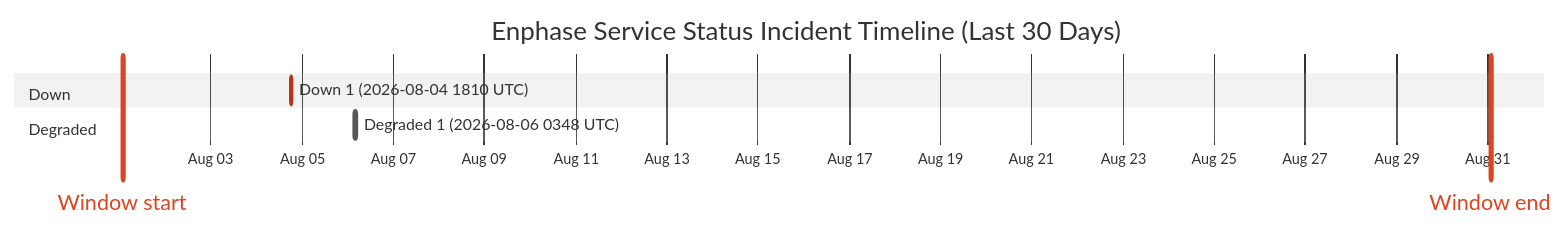
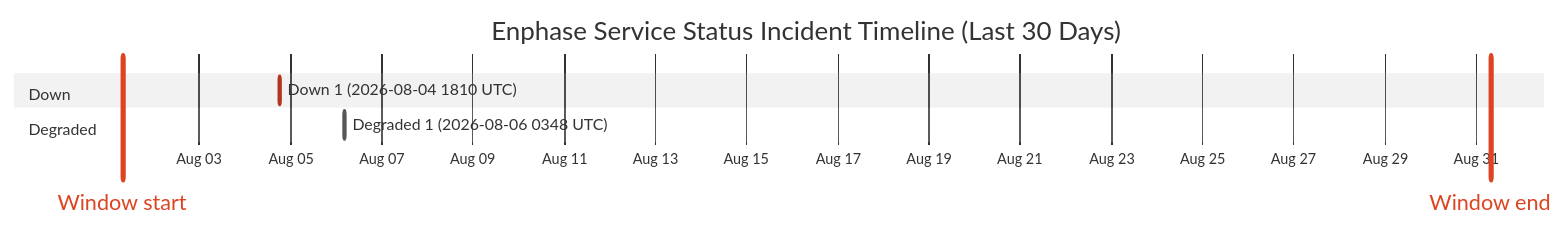
The diagram in wiki/Service-Status-History.md (barneyonline/ha-enphase-energy), drawn with Mermaid (neutral theme) before and after one commit. The commit also changed other lines of this file and 3 other files, not shown here.

````diff
--- a/wiki/Service-Status-History.md
+++ b/wiki/Service-Status-History.md
@@ -14,12 +14,12 @@
 ```mermaid
 gantt
     title Enphase Service Status Incident Timeline (Last 30 Days)
     dateFormat  YYYY-MM-DDTHH:mm:ss
     axisFormat  %b %d
-    Window start :vert, window-start, 2026-08-01T01:27:45, 0ms
-    Window end :vert, window-end, 2026-08-31T01:27:45, 0ms
+    Window start :vert, window-start, 2026-08-01T07:27:32, 0ms
+    Window end :vert, window-end, 2026-08-31T07:27:32, 0ms
     section Down
     Down 1 (2026-08-04 1810 UTC) :crit, down-1, 2026-08-04T18:10:46, 60m
     section Degraded
     Degraded 1 (2026-08-06 0348 UTC) :active, degraded-1, 2026-08-06T03:48:14, 60m
 ```
````
